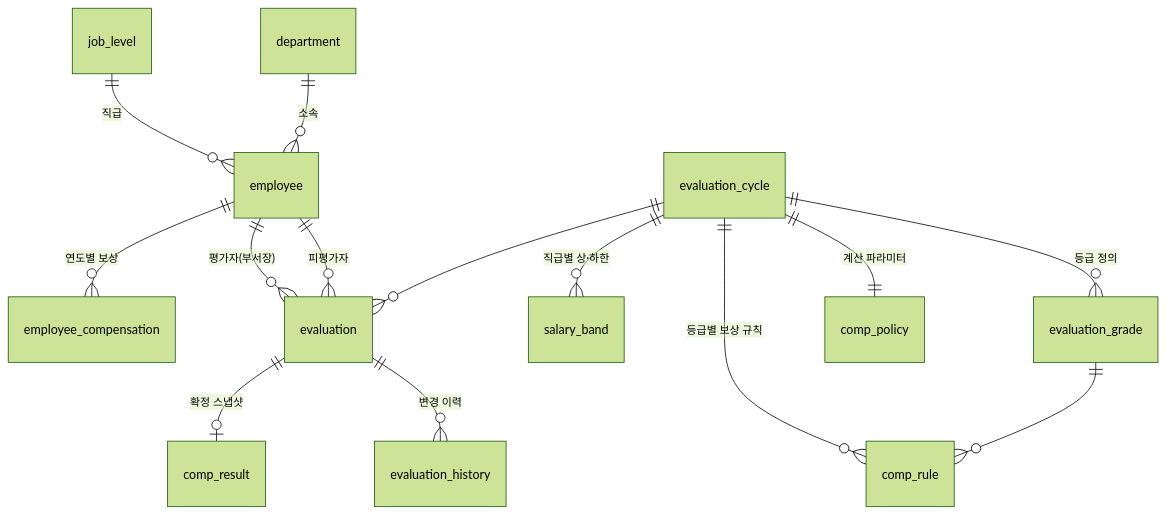
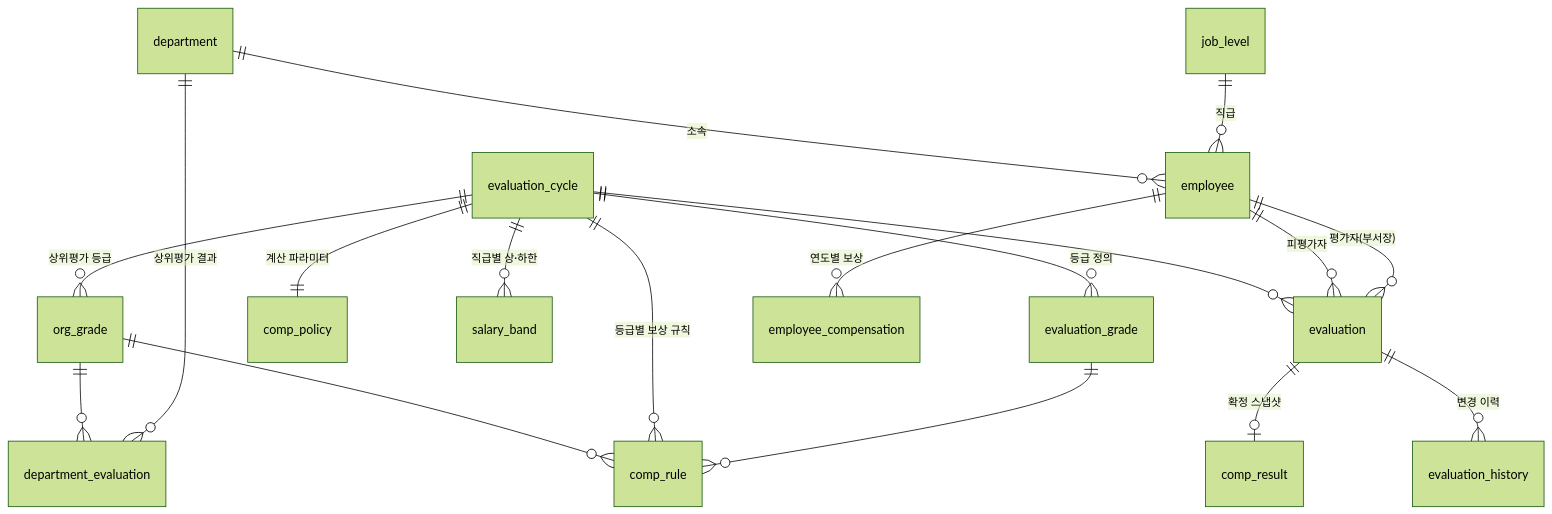
Before and after one commit to jhkim0208/AX_Mark: the diagram in docs/schema-design.md, drawn with Mermaid (forest theme). The commit also changed other lines of this file and 13 other files, not shown here.

````diff
--- a/docs/schema-design.md
+++ b/docs/schema-design.md
@@ -16,16 +17,20 @@
 ```mermaid
 erDiagram
     department ||--o{ employee : "소속"
     job_level ||--o{ employee : "직급"
     evaluation_cycle ||--o{ evaluation_grade : "등급 정의"
+    evaluation_cycle ||--o{ org_grade : "상위평가 등급"
+    org_grade ||--o{ department_evaluation : ""
+    department ||--o{ department_evaluation : "상위평가 결과"
+    org_grade ||--o{ comp_rule : ""
     evaluation_cycle ||--|| comp_policy : "계산 파라미터"
     evaluation_cycle ||--o{ comp_rule : "등급별 보상 규칙"
     evaluation_grade ||--o{ comp_rule : ""
     evaluation_cycle ||--o{ salary_band : "직급별 상·하한"
     evaluation_cycle ||--o{ evaluation : ""
     employee ||--o{ evaluation : "피평가자"
     employee ||--o{ evaluation : "평가자(부서장)"
     evaluation ||--o{ evaluation_history : "변경 이력"
     evaluation ||--o| comp_result : "확정 스냅샷"
     employee ||--o{ employee_compensation : "연도별 보상"
 ```
````
